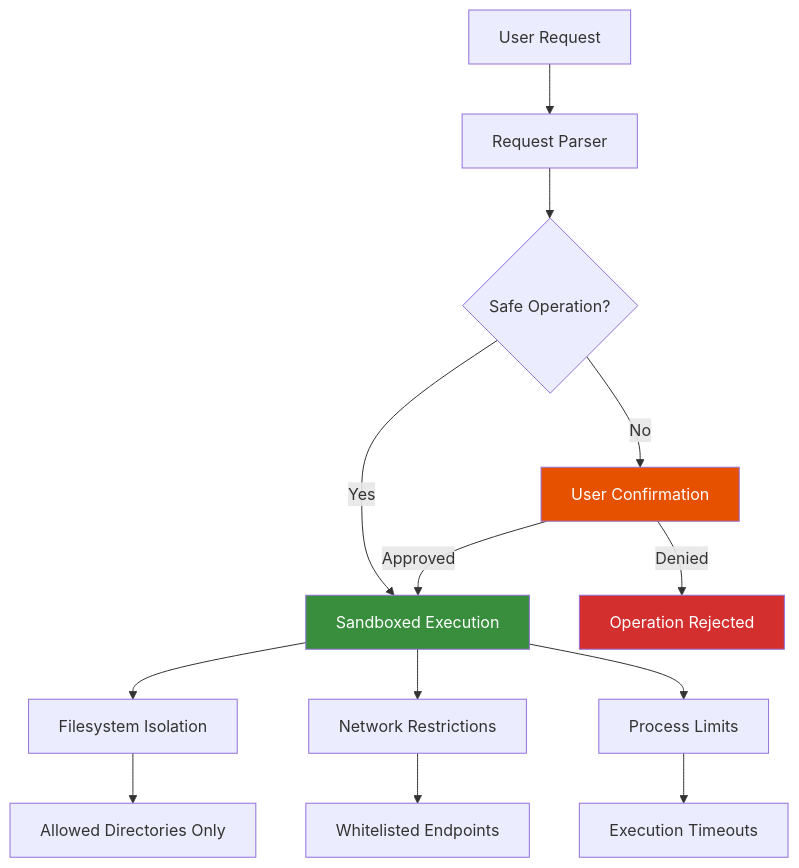
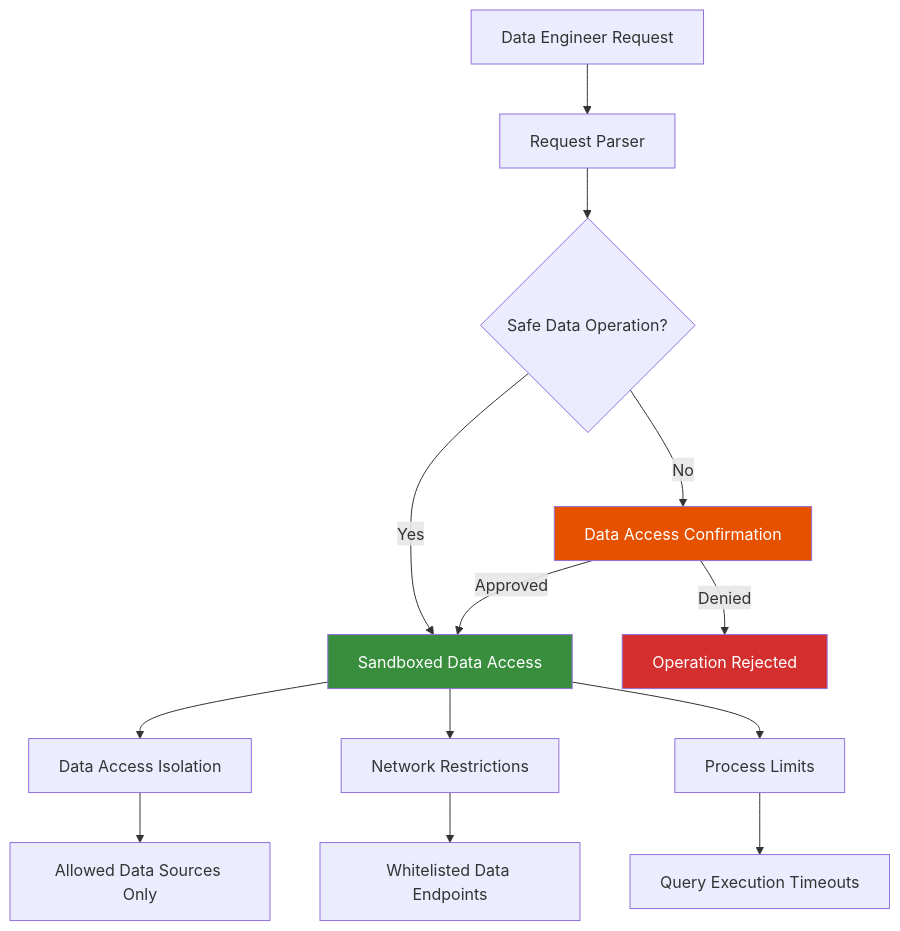
Before and after one commit to fwornle/agentic-ai-nano: the tenth of 15 diagrams in docs-content/01_frameworks/Session1_ModuleD_Coding_Assistant_Case_Study.md, drawn with Mermaid. The commit also changed other lines of this file and 18 other files, not shown here.

````diff
--- a/docs-content/01_frameworks/Session1_ModuleD_Coding_Assistant_Case_Study.md
+++ b/docs-content/01_frameworks/Session1_ModuleD_Coding_Assistant_Case_Study.md
@@ -574,22 +598,22 @@
 ```mermaid
 graph TD
-    USER[User Request] --> PARSER[Request Parser]
-    PARSER --> SAFE{Safe Operation?}
+    USER[Data Engineer Request] --> PARSER[Request Parser]
+    PARSER --> SAFE{Safe Data Operation?}
     
-    SAFE -->|Yes| SANDBOX[Sandboxed Execution]
-    SAFE -->|No| CONFIRM[User Confirmation]
+    SAFE -->|Yes| SANDBOX[Sandboxed Data Access]
+    SAFE -->|No| CONFIRM[Data Access Confirmation]
     CONFIRM -->|Approved| SANDBOX
     CONFIRM -->|Denied| REJECT[Operation Rejected]
     
-    SANDBOX --> FS[Filesystem Isolation]
+    SANDBOX --> DATA[Data Access Isolation]
     SANDBOX --> NET[Network Restrictions]  
     SANDBOX --> PROC[Process Limits]
     
-    FS --> ALLOWED[Allowed Directories Only]
-    NET --> WHITELIST[Whitelisted Endpoints]
-    PROC --> TIMEOUT[Execution Timeouts]
+    DATA --> ALLOWED[Allowed Data Sources Only]
+    NET --> WHITELIST[Whitelisted Data Endpoints]
+    PROC --> TIMEOUT[Query Execution Timeouts]
     
     style SANDBOX fill:#388E3C,color:#ffffff
     style CONFIRM fill:#E65100,color:#ffffff
     style REJECT fill:#D32F2F,color:#ffffff
 ```
````
